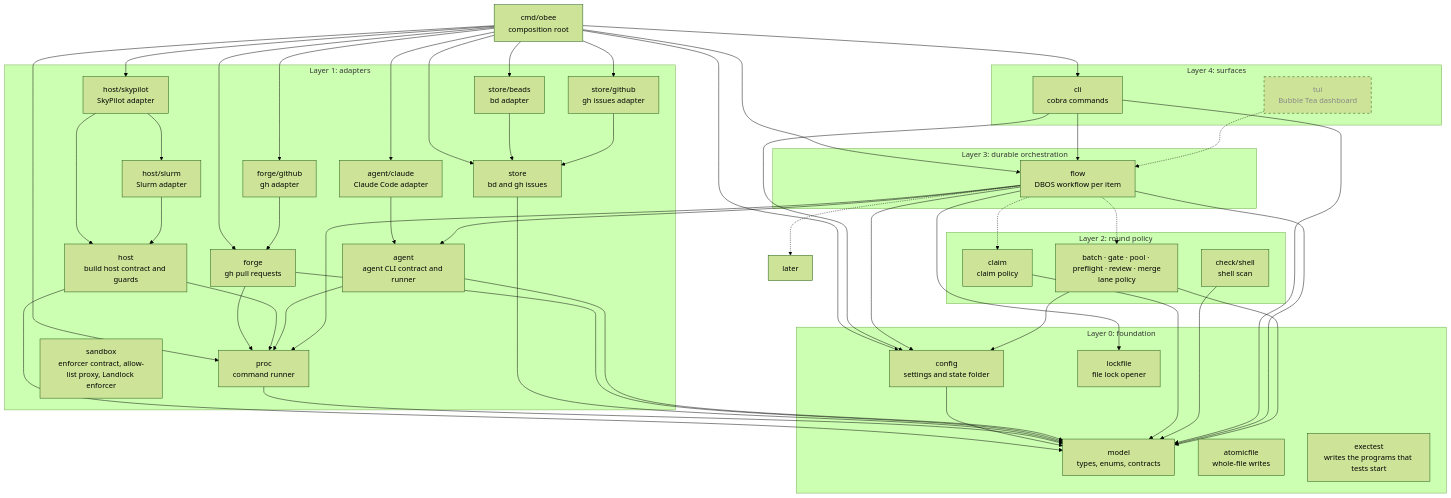
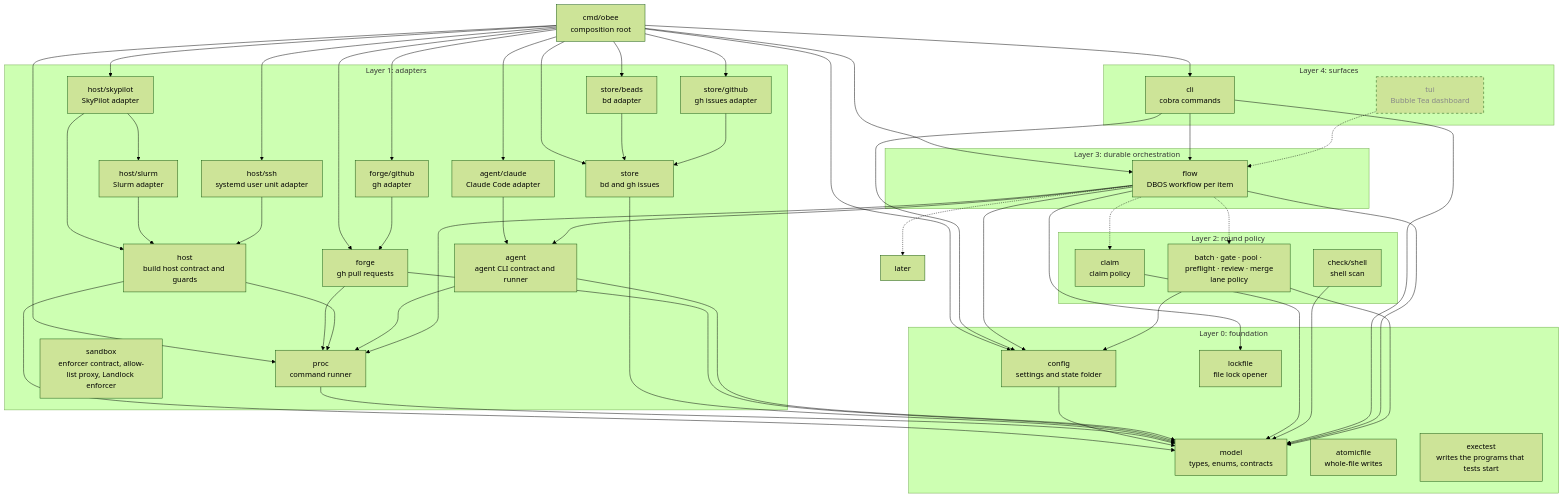
The first of 3 diagrams in docs/architecture.md (tobocop2/beehave), drawn with Mermaid (forest theme) before and after one commit. The commit also changed other lines of this file and 30 other files, not shown here.

First line of the commit message:
Add the ssh host adapter

```diff
--- a/docs/architecture.md
+++ b/docs/architecture.md
@@ -142,6 +142,7 @@
         host["host<br/>build host contract and guards"]
         skypilot["host/skypilot<br/>SkyPilot adapter"]
         slurm["host/slurm<br/>Slurm adapter"]
+        sshhost["host/ssh<br/>systemd user unit adapter"]
         sandbox["sandbox<br/>enforcer contract, allow-list proxy, Landlock enforcer"]
     end
 
@@ -166,6 +167,8 @@
     skypilot --> host
     skypilot --> slurm
     slurm --> host
+    main --> sshhost
+    sshhost --> host
     agent --> proc
     claude --> agent
     main --> claude
```
